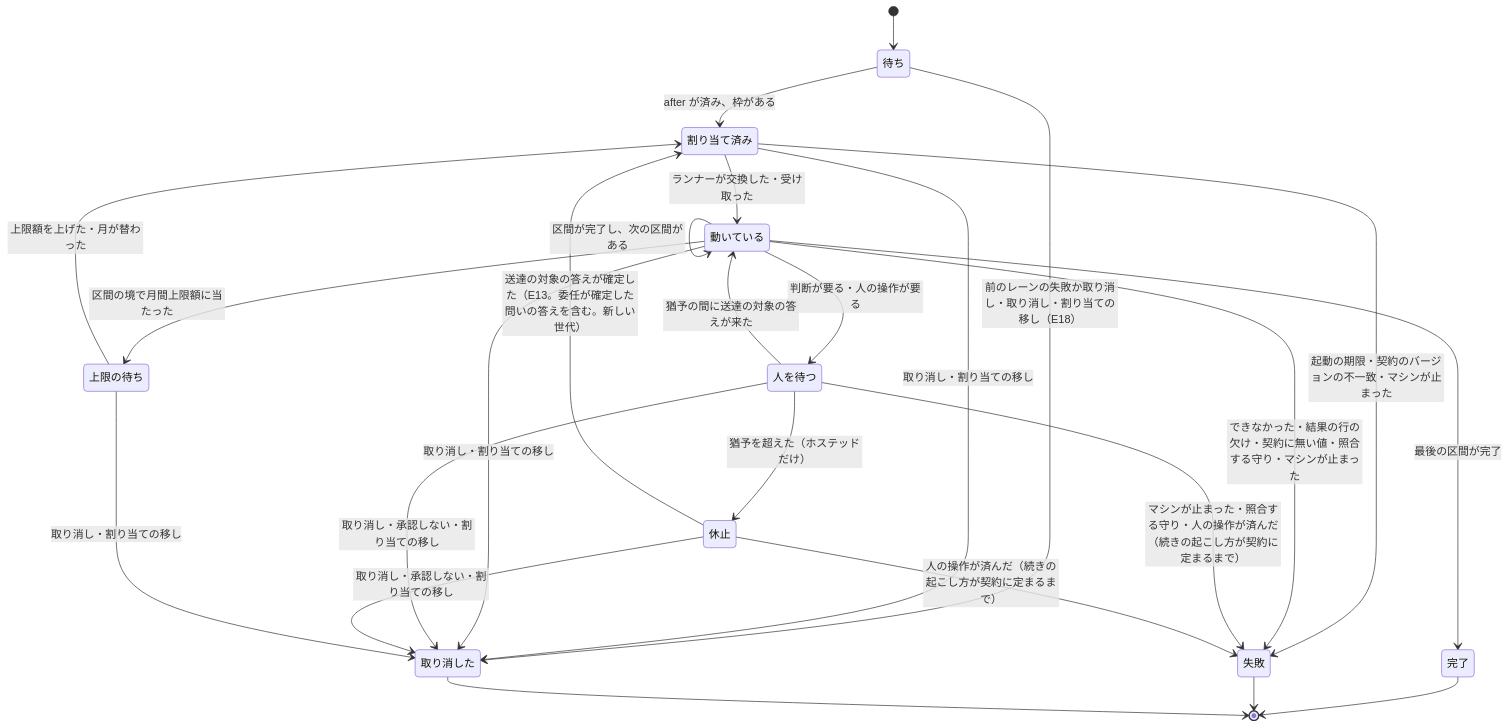
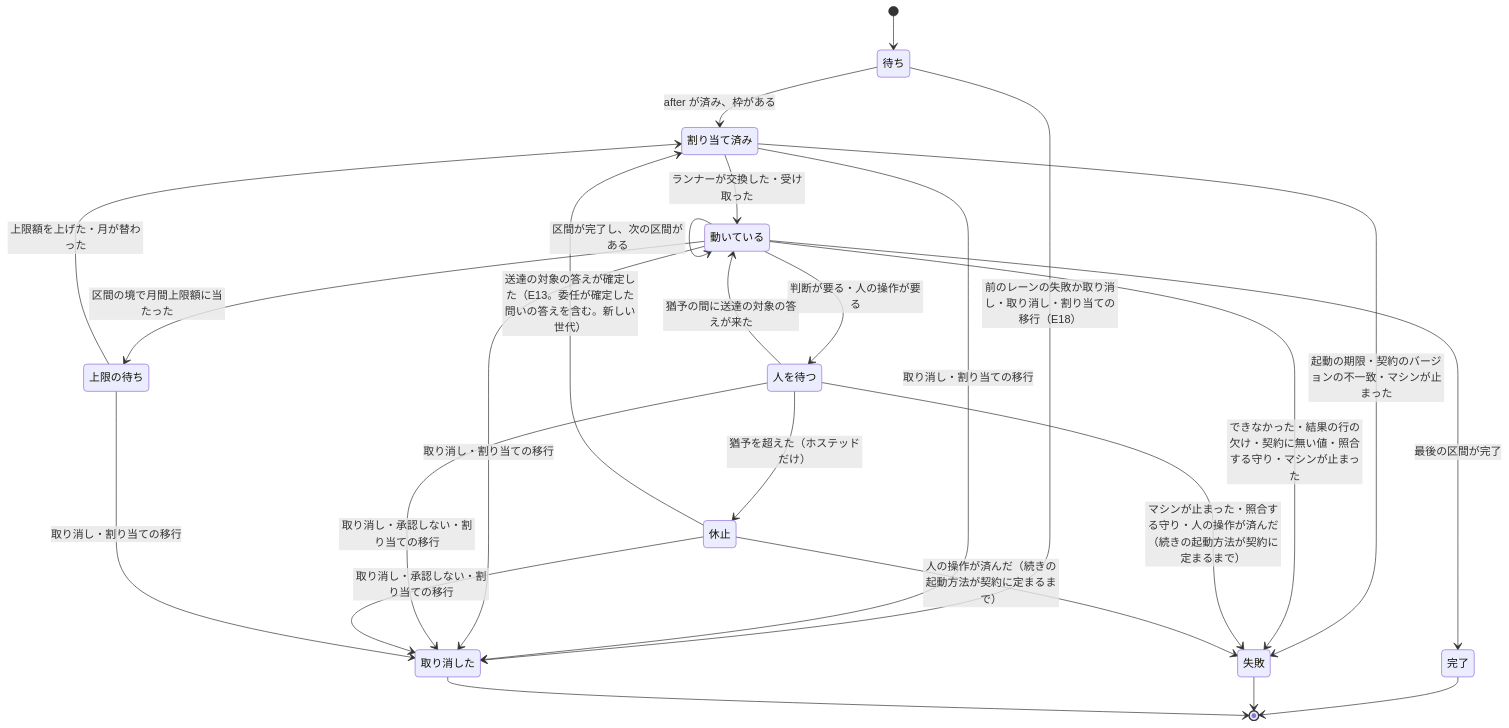
The fourth of 10 diagrams in docs/design/execution.md (devbasex/nd-factory), drawn with Mermaid before and after one commit. The commit also changed other lines of this file and 16 other files, not shown here.

First line of the commit message:
Docs: 設計書を通読し、エンジニアが使わない造語・直訳（道具・地図・頭書き・失敗のアイテムなど）を書き換える（利用者の指示）

````diff
--- a/docs/design/execution.md
+++ b/docs/design/execution.md
@@ -120,27 +120,27 @@
 ```mermaid
 stateDiagram-v2
     [*] --> 待ち
     待ち --> 割り当て済み: after が済み、枠がある
-    待ち --> 取り消した: 前のレーンの失敗か取り消し・取り消し・割り当ての移し（E18）
+    待ち --> 取り消した: 前のレーンの失敗か取り消し・取り消し・割り当ての移行（E18）
     割り当て済み --> 動いている: ランナーが交換した・受け取った
     割り当て済み --> 失敗: 起動の期限・契約のバージョンの不一致・マシンが止まった
-    割り当て済み --> 取り消した: 取り消し・割り当ての移し
+    割り当て済み --> 取り消した: 取り消し・割り当ての移行
     動いている --> 動いている: 区間が完了し、次の区間がある
     動いている --> 人を待つ: 判断が要る・人の操作が要る
     人を待つ --> 動いている: 猶予の間に送達の対象の答えが来た
     人を待つ --> 休止: 猶予を超えた（ホステッドだけ）
     休止 --> 割り当て済み: 送達の対象の答えが確定した（E13。委任が確定した問いの答えを含む。新しい世代）
     動いている --> 上限の待ち: 区間の境で月間上限額に当たった
     上限の待ち --> 割り当て済み: 上限額を上げた・月が替わった
     動いている --> 完了: 最後の区間が完了
     動いている --> 失敗: できなかった・結果の行の欠け・契約に無い値・照合する守り・マシンが止まった
-    人を待つ --> 失敗: マシンが止まった・照合する守り・人の操作が済んだ（続きの起こし方が契約に定まるまで）
-    休止 --> 失敗: 人の操作が済んだ（続きの起こし方が契約に定まるまで）
-    動いている --> 取り消した: 取り消し・割り当ての移し
-    人を待つ --> 取り消した: 取り消し・承認しない・割り当ての移し
-    休止 --> 取り消した: 取り消し・承認しない・割り当ての移し
-    上限の待ち --> 取り消した: 取り消し・割り当ての移し
+    人を待つ --> 失敗: マシンが止まった・照合する守り・人の操作が済んだ（続きの起動方法が契約に定まるまで）
+    休止 --> 失敗: 人の操作が済んだ（続きの起動方法が契約に定まるまで）
+    動いている --> 取り消した: 取り消し・割り当ての移行
+    人を待つ --> 取り消した: 取り消し・承認しない・割り当ての移行
+    休止 --> 取り消した: 取り消し・承認しない・割り当ての移行
+    上限の待ち --> 取り消した: 取り消し・割り当ての移行
     完了 --> [*]
     失敗 --> [*]
     取り消した --> [*]
 ```
````
